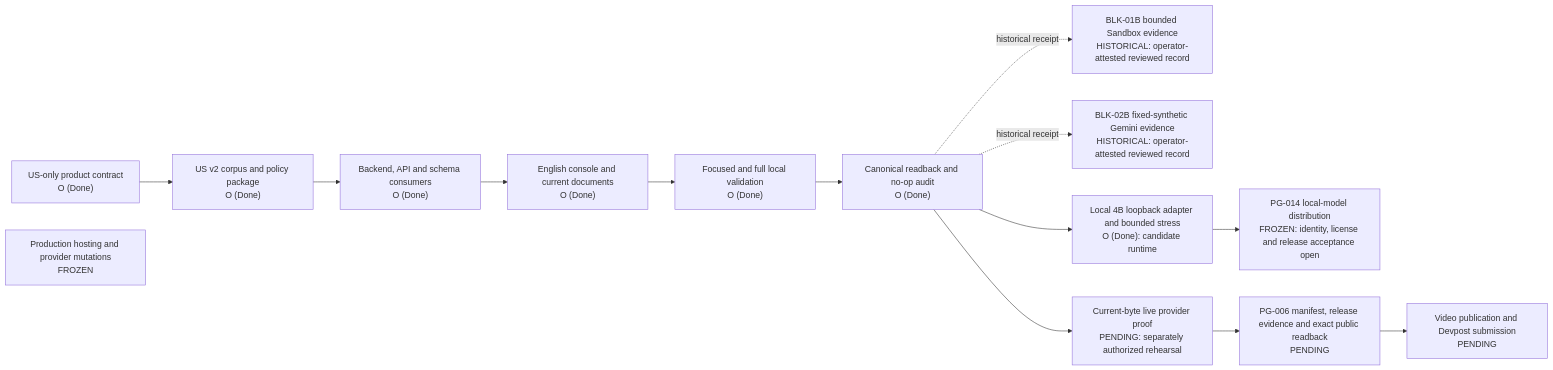
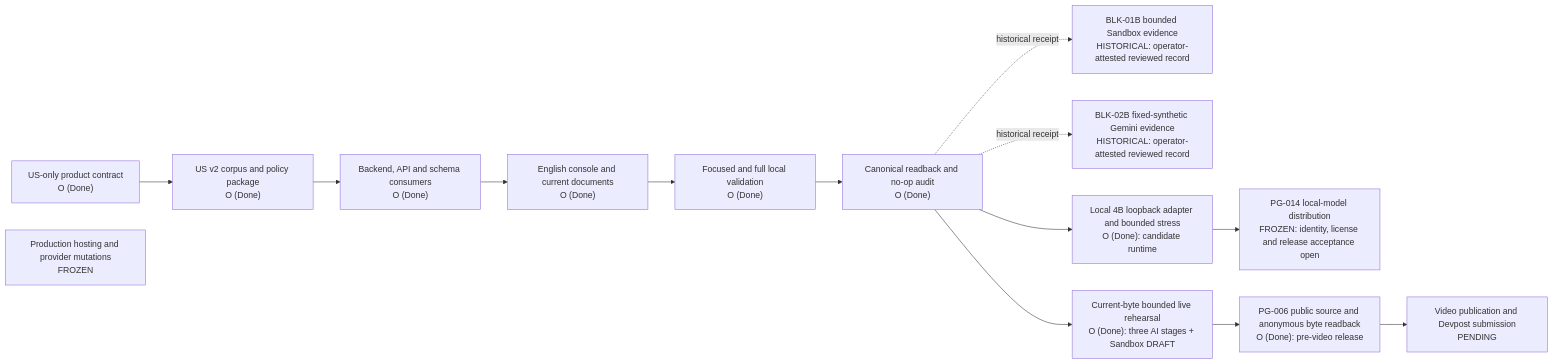
The first of 3 diagrams in docs/decisions/2026Q4/architecture.md (jiarong0423/payguard-ai), drawn with Mermaid before and after one commit. The commit also changed other lines of this file and 3 other files, not shown here.

Commit message:
Correct PayGuard public release status map

````diff
--- a/docs/decisions/2026Q4/architecture.md
+++ b/docs/decisions/2026Q4/architecture.md
@@ -24,16 +24,16 @@
 ```mermaid
 flowchart LR
   A["US-only product contract<br/>O (Done)"] --> B["US v2 corpus and policy package<br/>O (Done)"]
   B --> C["Backend, API and schema consumers<br/>O (Done)"]
   C --> D["English console and current documents<br/>O (Done)"]
   D --> E["Focused and full local validation<br/>O (Done)"]
   E --> F["Canonical readback and no-op audit<br/>O (Done)"]
   F -. historical receipt .-> G["BLK-01B bounded Sandbox evidence<br/>HISTORICAL: operator-attested reviewed record"]
   F -. historical receipt .-> H["BLK-02B fixed-synthetic Gemini evidence<br/>HISTORICAL: operator-attested reviewed record"]
   F --> K["Local 4B loopback adapter and bounded stress<br/>O (Done): candidate runtime"]
   K --> L["PG-014 local-model distribution<br/>FROZEN: identity, license and release acceptance open"]
-  F --> N["Current-byte live provider proof<br/>PENDING: separately authorized rehearsal"]
-  N --> I["PG-006 manifest, release evidence and exact public readback<br/>PENDING"]
+  F --> N["Current-byte bounded live rehearsal<br/>O (Done): three AI stages + Sandbox DRAFT"]
+  N --> I["PG-006 public source and anonymous byte readback<br/>O (Done): pre-video release"]
   I --> M["Video publication and Devpost submission<br/>PENDING"]
   J["Production hosting and provider mutations<br/>FROZEN"]
 ```
````
